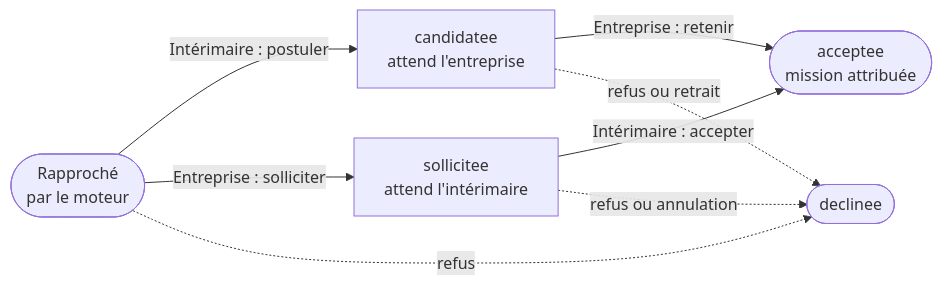
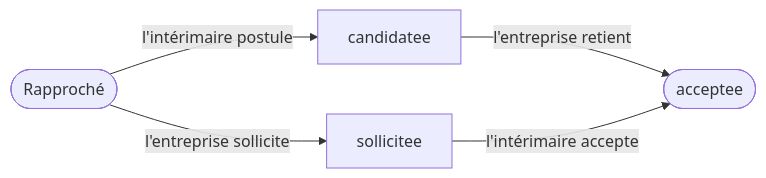
The fifth of 6 diagrams in docs/architecture.md (Cloud-io09/interim-platform-group-8), drawn with Mermaid before and after one commit. The commit also changed other lines of this file, not shown here.

Commit message:
docs: diagrammes simplifiés, sans balises

````diff
--- a/docs/architecture.md
+++ b/docs/architecture.md
@@ -288,17 +263,7 @@
 ```mermaid
 flowchart LR
-  R(["Rapproché<br/>par le moteur"])
-  C["candidatee<br/>attend l'entreprise"]
-  S["sollicitee<br/>attend l'intérimaire"]
-  A(["acceptee<br/>mission attribuée"])
-  D(["declinee"])
-
-  R -->|"Intérimaire : postuler"| C
-  C -->|"Entreprise : retenir"| A
-  R -->|"Entreprise : solliciter"| S
-  S -->|"Intérimaire : accepter"| A
-
-  R -.->|refus| D
-  C -.->|refus ou retrait| D
-  S -.->|refus ou annulation| D
+  R([Rapproché]) -->|l'intérimaire postule| C[candidatee]
+  R -->|l'entreprise sollicite| S[sollicitee]
+  C -->|l'entreprise retient| A([acceptee])
+  S -->|l'intérimaire accepte| A
 ```
````
